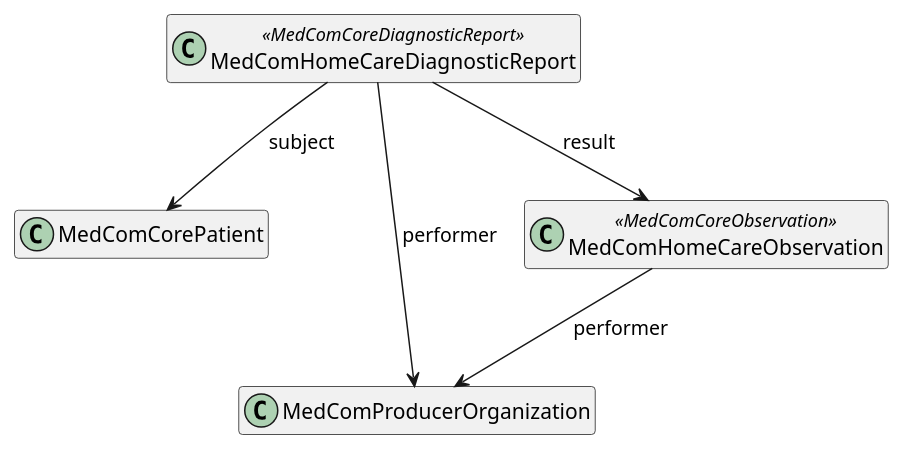
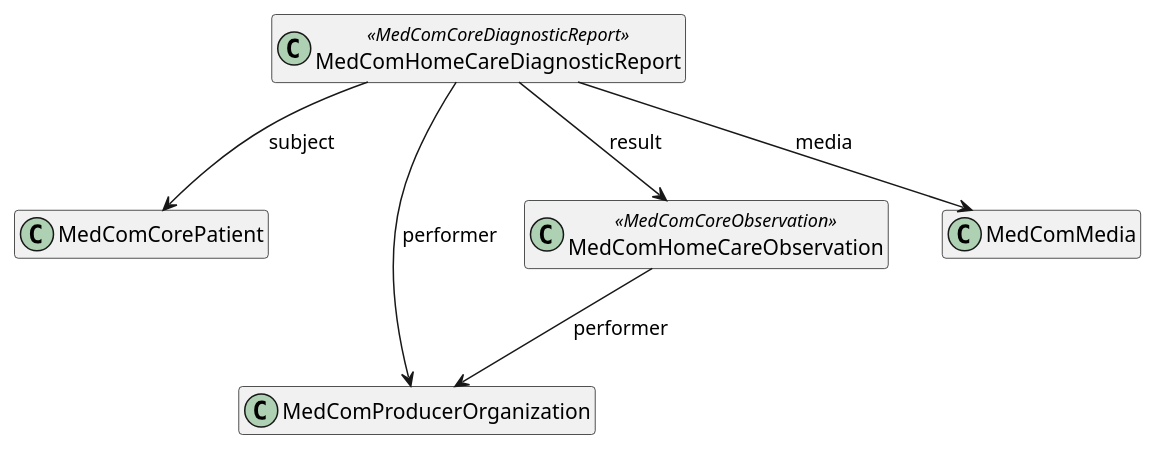
One commit to medcomdk/dk_MunicipalityObservationResults changed the diagram in puml/HomeCareObservationProfile.puml. Above: the diagram before and after it, drawn with PlantUML. The commit also changed 3 other files, not shown here.

```diff
--- a/puml/HomeCareObservationProfile.puml
+++ b/puml/HomeCareObservationProfile.puml
@@ -1,17 +1,19 @@
 @startuml HomeCareObsProfile
 hide empty members
 top to bottom direction
 
 class "MedComCorePatient" as patient
 class "MedComProducerOrganization" as organization 
 class "MedComHomeCareDiagnosticReport" as diagnosticReport <<MedComCoreDiagnosticReport>>
 class "MedComHomeCareObservation" as coreobservation <<MedComCoreObservation>>
+class "MedComMedia" as media 
 
 diagnosticReport --> patient : "subject"
 diagnosticReport --> organization: "performer"
 diagnosticReport --> coreobservation : "result"
+diagnosticReport --> media : "media"
 coreobservation --> organization:"performer"
 
 
 
 @enduml
```
